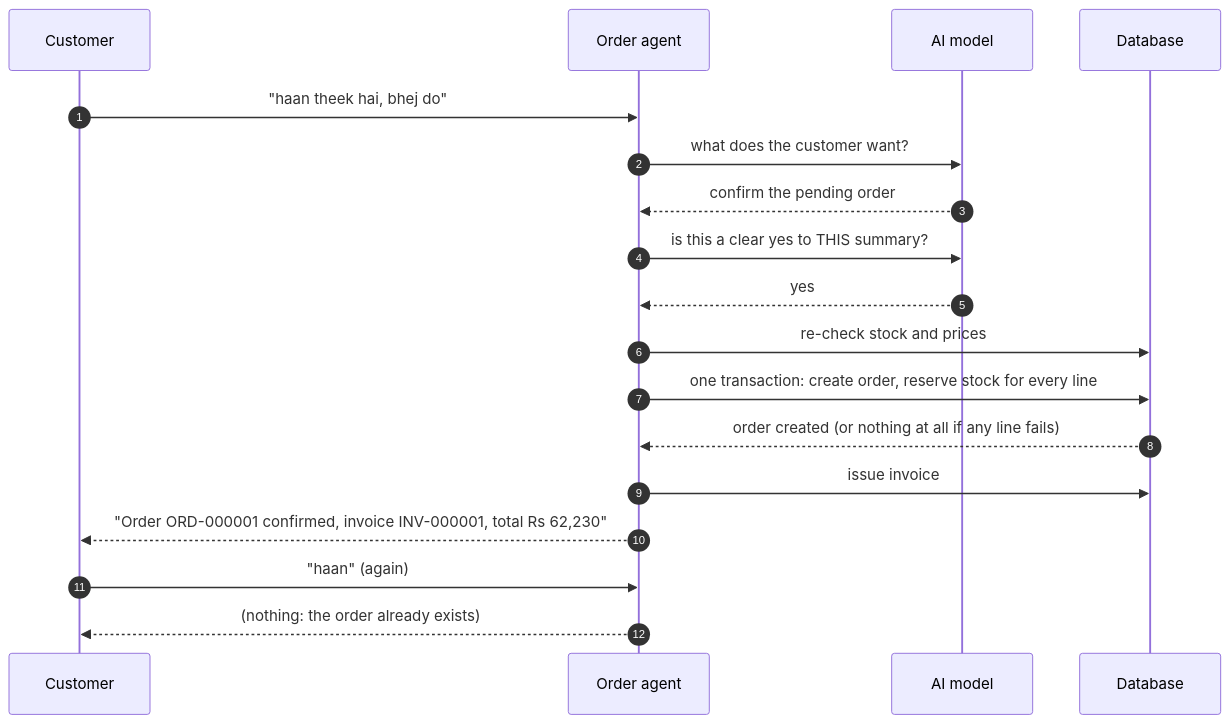
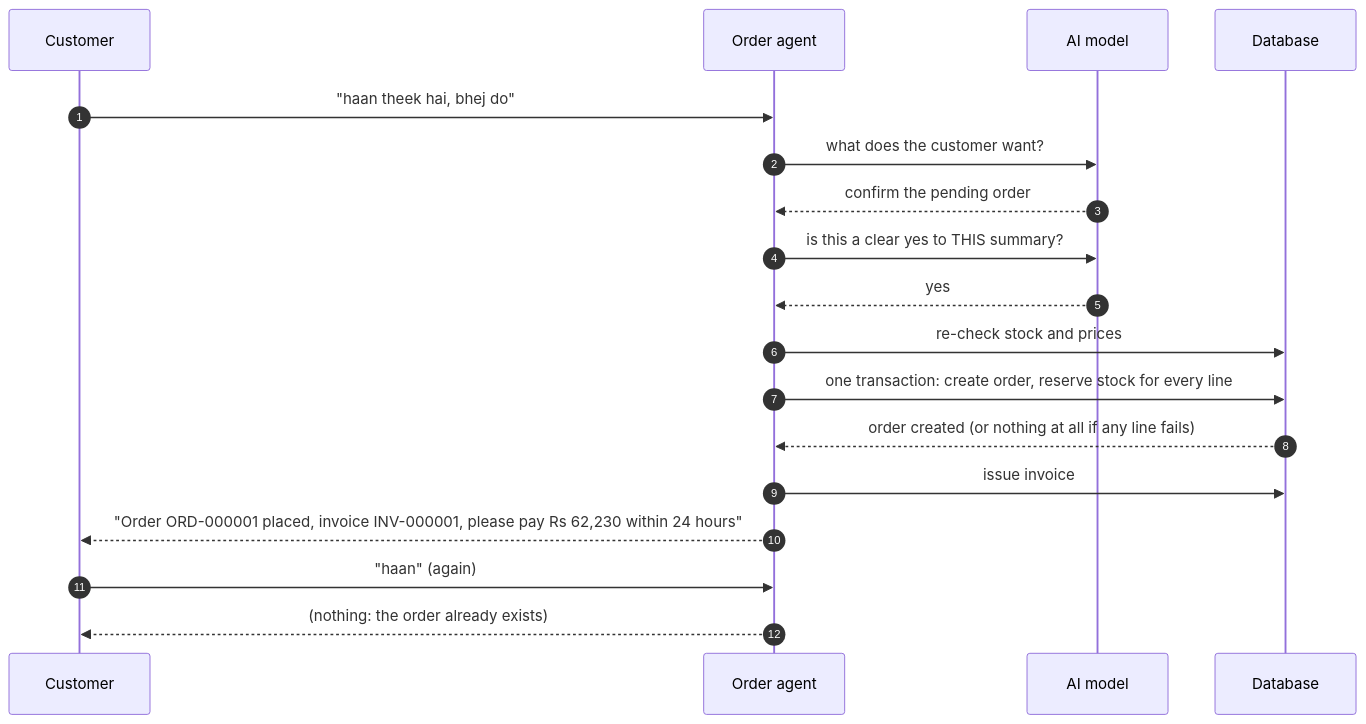
One commit to Nazir-Ahmed72/bizflow-ai changed the third of 11 diagrams in README.md. Above: the diagram before and after it, drawn with Mermaid. The commit also changed other lines of this file and 18 other files, not shown here.

````diff
--- a/README.md
+++ b/README.md
@@ -167,21 +190,21 @@
 ```mermaid
 sequenceDiagram
     autonumber
     participant C as Customer
     participant A as Order agent
     participant AI as AI model
     participant DB as Database
 
     C->>A: "haan theek hai, bhej do"
     A->>AI: what does the customer want?
     AI-->>A: confirm the pending order
     A->>AI: is this a clear yes to THIS summary?
     AI-->>A: yes
     A->>DB: re-check stock and prices
     A->>DB: one transaction: create order, reserve stock for every line
     DB-->>A: order created (or nothing at all if any line fails)
     A->>DB: issue invoice
-    A-->>C: "Order ORD-000001 confirmed, invoice INV-000001, total Rs 62,230"
+    A-->>C: "Order ORD-000001 placed, invoice INV-000001, please pay Rs 62,230 within 24 hours"
     C->>A: "haan" (again)
     A-->>C: (nothing: the order already exists)
 ```
````
